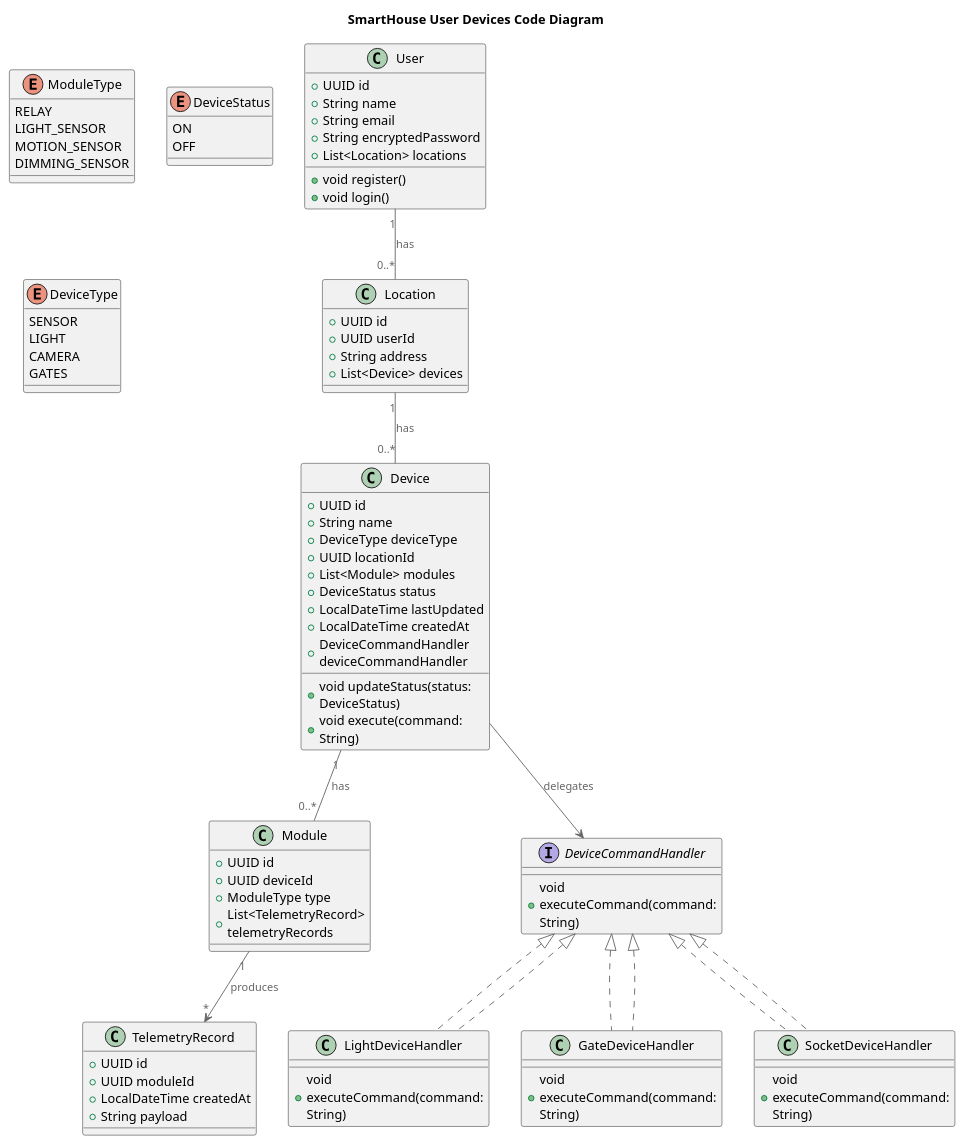
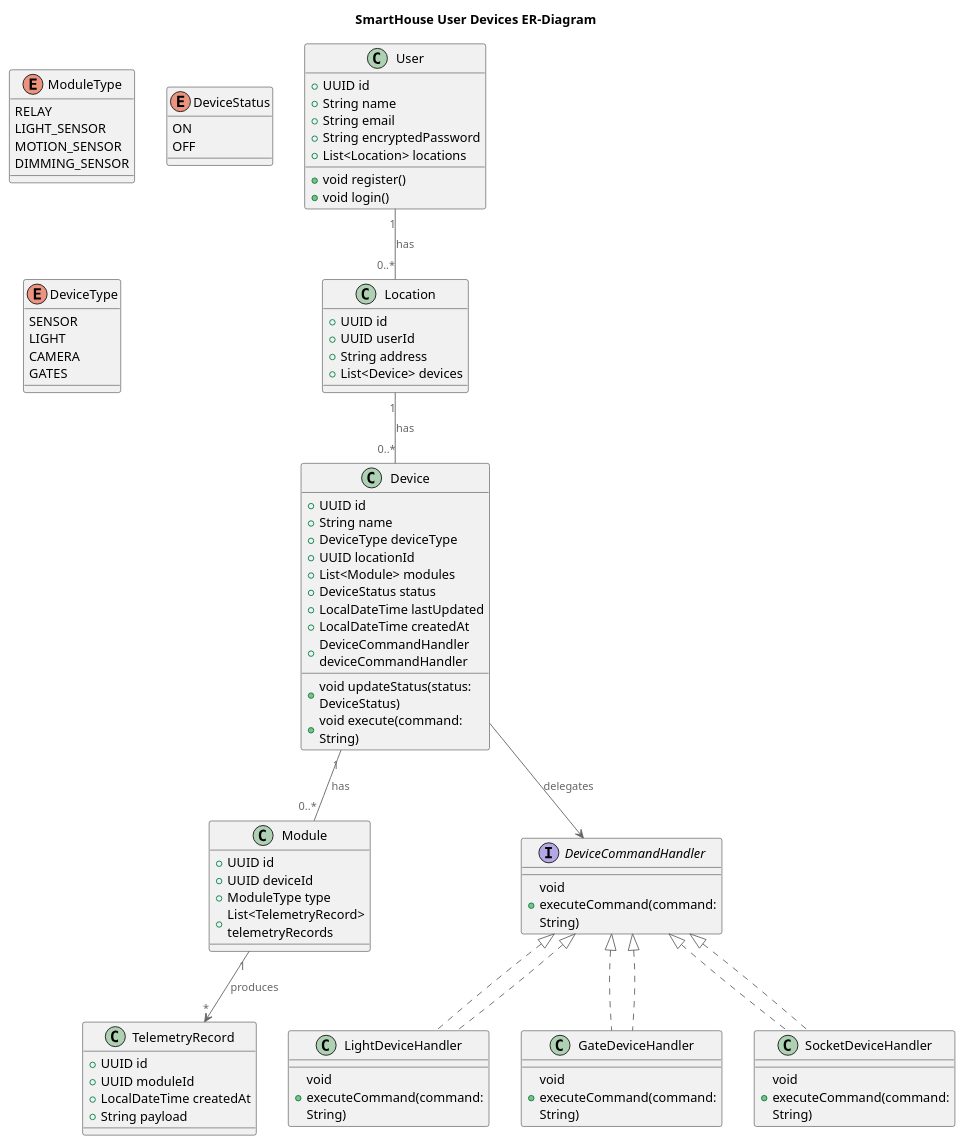
One commit to ZhurkinAngular/Warmhouse changed the diagram in schemas/Entity_Relation_task_3.puml. Above: the diagram before and after it, drawn with PlantUML. The commit also changed 1 other file, not shown here.

Commit message:
Warmhouse c4 diagrams, ER-diagram fixes

```diff
--- a/schemas/Entity_Relation_task_3.puml
+++ b/schemas/Entity_Relation_task_3.puml
@@ -1,99 +1,99 @@
 @startuml
-title SmartHouse User Devices Code Diagram
+title SmartHouse User Devices ER-Diagram
 
 top to bottom direction
 
 !includeurl https://raw.githubusercontent.com/RicardoNiepel/C4-PlantUML/master/C4_Component.puml
 
 class User {
   +UUID id
   +String name
   +String email
   +String encryptedPassword
   +List<Location> locations
   +void register()
   +void login()
 }
 
 class Location {
     +UUID id
     +UUID userId
     +String address
     +List<Device> devices
 }
 
 class Device {
   +UUID id
   +String name
   +DeviceType deviceType
   +UUID locationId
   +List<Module> modules
   +DeviceStatus status
   +LocalDateTime lastUpdated
   +LocalDateTime createdAt
   +DeviceCommandHandler deviceCommandHandler
   +void updateStatus(status: DeviceStatus)
   +void execute(command: String)
 }
 
 class Module {
     +UUID id
     +UUID deviceId
     +ModuleType type
     +List<TelemetryRecord> telemetryRecords
 }
 
 interface DeviceCommandHandler {
   +void executeCommand(command: String)
 }
 
 class LightDeviceHandler implements DeviceCommandHandler {
   +void executeCommand(command: String)
 }
 
 class GateDeviceHandler implements DeviceCommandHandler {
   +void executeCommand(command: String)
 }
 
 class SocketDeviceHandler implements DeviceCommandHandler {
   +void executeCommand(command: String)
 }
 
 class TelemetryRecord {
   +UUID id
   +UUID moduleId
   +LocalDateTime createdAt
   +String payload
 }
 
 enum ModuleType {
     RELAY
     LIGHT_SENSOR
     MOTION_SENSOR
     DIMMING_SENSOR
 }
 
 enum DeviceStatus {
   ON
   OFF
 }
 
 enum DeviceType {
   SENSOR
   LIGHT
   CAMERA
   GATES
 }
 
 Device --> DeviceCommandHandler : delegates
 DeviceCommandHandler <|.. LightDeviceHandler
 DeviceCommandHandler <|.. GateDeviceHandler
 DeviceCommandHandler <|.. SocketDeviceHandler
 
 User "1" -- "0..*" Location : has
 Location "1" -- "0..*" Device : has
 Device "1" -- "0..*" Module : has
 Module "1" --> "*" TelemetryRecord : produces
 
 
 @enduml
```
